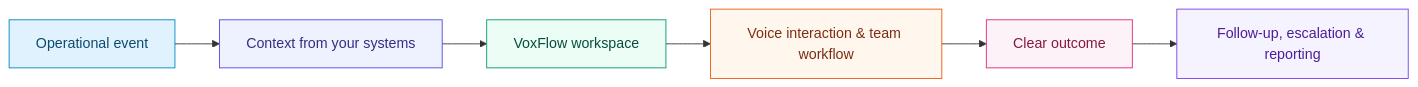
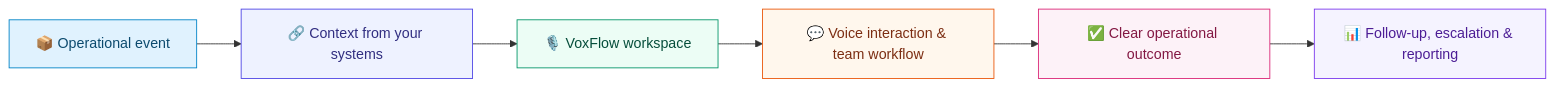
Before and after one commit to jeevesh2515/voxflow-voice-agent: the diagram in README.md, drawn with Mermaid. The commit also changed other lines of this file, not shown here.

````diff
--- a/README.md
+++ b/README.md
@@ -48,15 +98,15 @@
 ```mermaid
 flowchart LR
-    A[Operational event] --> B[Context from your systems]
-    B --> C[VoxFlow workspace]
-    C --> D[Voice interaction & team workflow]
-    D --> E[Clear outcome]
-    E --> F[Follow-up, escalation & reporting]
+    A[📦 Operational event] --> B[🔗 Context from your systems]
+    B --> C[🎙️ VoxFlow workspace]
+    C --> D[💬 Voice interaction & team workflow]
+    D --> E[✅ Clear operational outcome]
+    E --> F[📊 Follow-up, escalation & reporting]
 
     style A fill:#E0F2FE,stroke:#0284C7,color:#0C4A6E
     style B fill:#EEF2FF,stroke:#4F46E5,color:#312E81
     style C fill:#ECFDF5,stroke:#059669,color:#064E3B
     style D fill:#FFF7ED,stroke:#EA580C,color:#7C2D12
     style E fill:#FDF2F8,stroke:#DB2777,color:#831843
     style F fill:#F5F3FF,stroke:#7C3AED,color:#4C1D95
 ```
````
